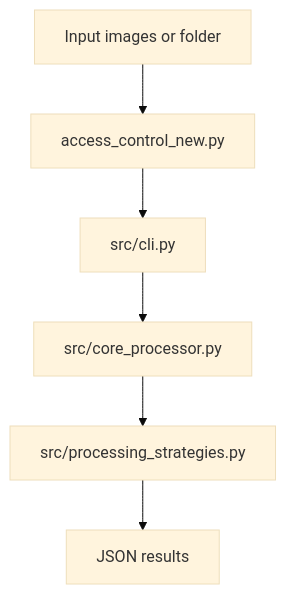
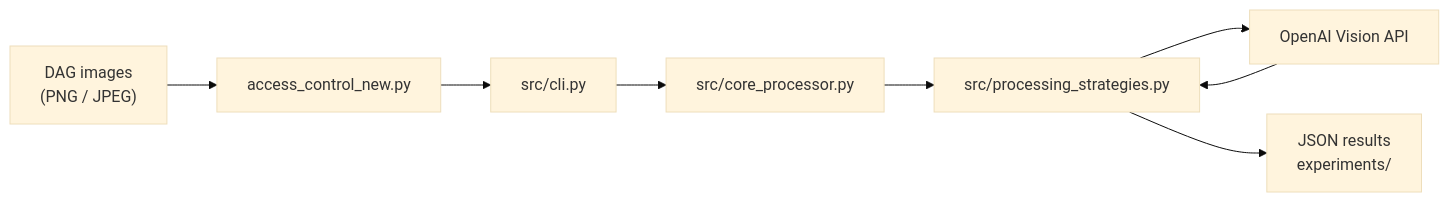
One commit to Language-Technology-Lab/Access-Control-Policy changed the diagram in README.md. Above: the diagram before and after it, drawn with Mermaid (base theme). The commit also changed other lines of this file and 14 other files, not shown here.

````diff
--- a/README.md
+++ b/README.md
@@ -17,8 +16,10 @@
 ```mermaid
-flowchart TD
-  userInput[Input images or folder] --> entrypoint[access_control_new.py]
-  entrypoint --> cli[src/cli.py]
-  cli --> processor[src/core_processor.py]
-  processor --> strategies[src/processing_strategies.py]
-  strategies --> outputs[JSON results]
+flowchart LR
+  images["DAG images<br/>(PNG / JPEG)"] --> entry[access_control_new.py]
+  entry --> cli[src/cli.py]
+  cli --> engine[src/core_processor.py]
+  engine --> strategies[src/processing_strategies.py]
+  strategies --> openai["OpenAI Vision API"]
+  openai --> strategies
+  strategies --> output["JSON results<br/>experiments/"]
 ```
````
